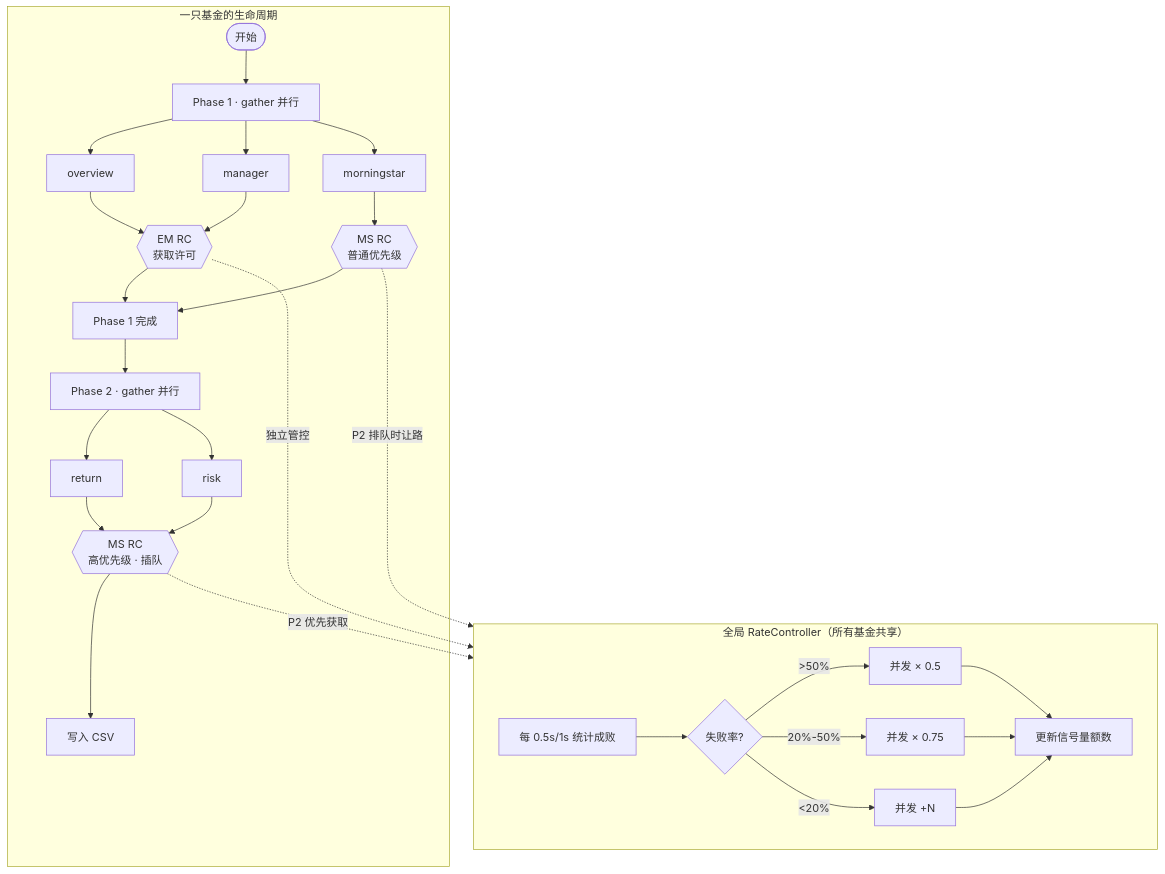
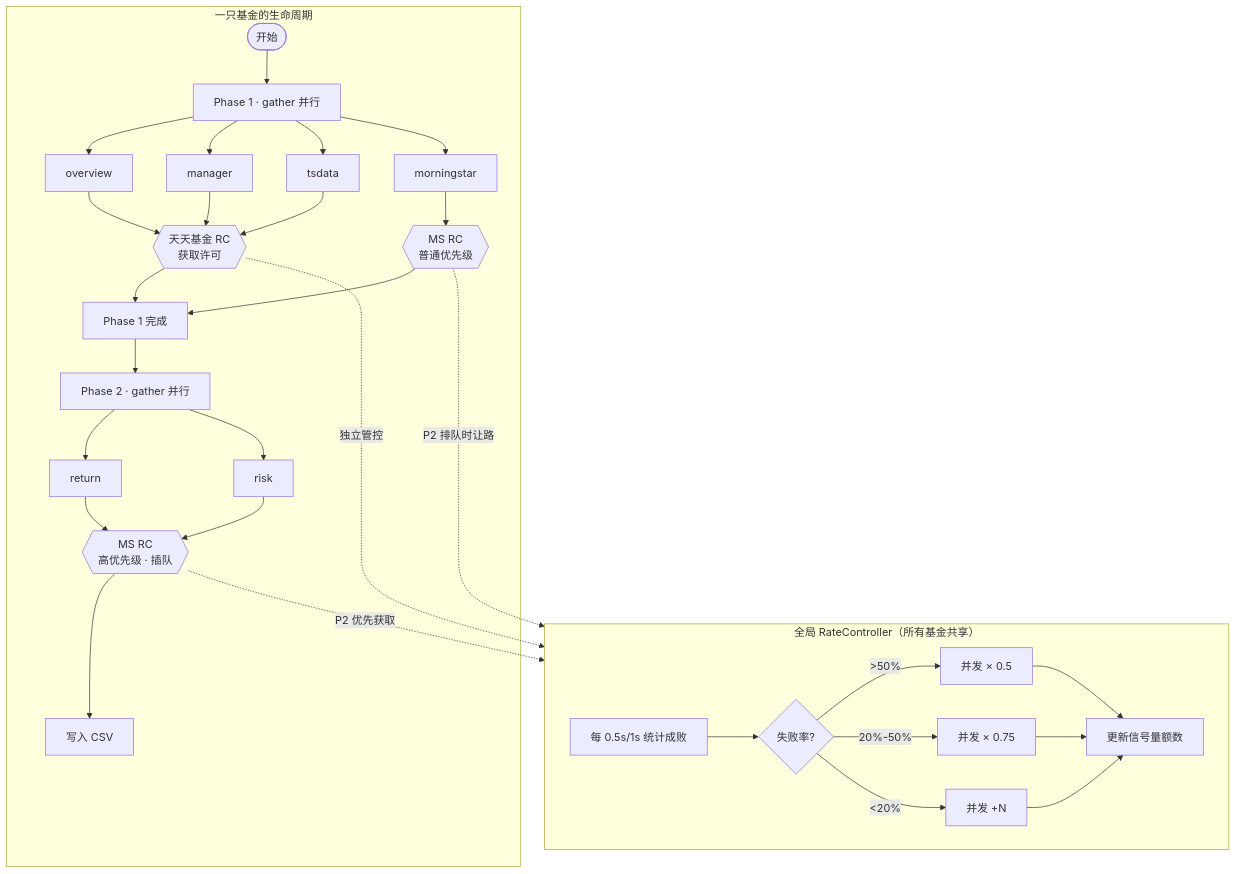
Before and after one commit to Jerry1014/FundCrawler: the second of 2 diagrams in README.md, drawn with Mermaid. The commit also changed other lines of this file and 8 other files, not shown here.

````diff
--- a/README.md
+++ b/README.md
@@ -77,31 +81,32 @@
 ```mermaid
 flowchart TB
     subgraph fund["一只基金的生命周期"]
         start([开始]) --> p1[Phase 1 · gather 并行]
-        p1 --> ov[overview] & mg[manager] & ms[morningstar]
-        ov --> em1{{EM RC<br/>获取许可}}
+        p1 --> ov[overview] & mg[manager] & td[tsdata] & ms[morningstar]
+        ov --> em1{{天天基金 RC<br/>获取许可}}
         mg --> em1
+        td --> em1
         ms --> ms1{{MS RC<br/>普通优先级}}
         em1 --> p1done[Phase 1 完成]
         ms1 --> p1done
         p1done --> p2[Phase 2 · gather 并行]
         p2 --> ret[return] & risk[risk]
         ret --> ms2{{MS RC<br/>高优先级 · 插队}}
         risk --> ms2
         ms2 --> write[写入 CSV]
     end
 
     subgraph rc["全局 RateController（所有基金共享）"]
         loop["每 0.5s/1s 统计成败"] --> adj{失败率?}
         adj -- ">50%" --> dec5[并发 × 0.5]
         adj -- "20%-50%" --> dec75[并发 × 0.75]
         adj -- "<20%" --> inc[并发 +N]
         dec5 --> limit[更新信号量额数]
         dec75 --> limit
         inc --> limit
     end
 
     ms2 -.->|P2 优先获取| rc
     ms1 -.->|P2 排队时让路| rc
     em1 -.->|独立管控| rc
 ```
````
